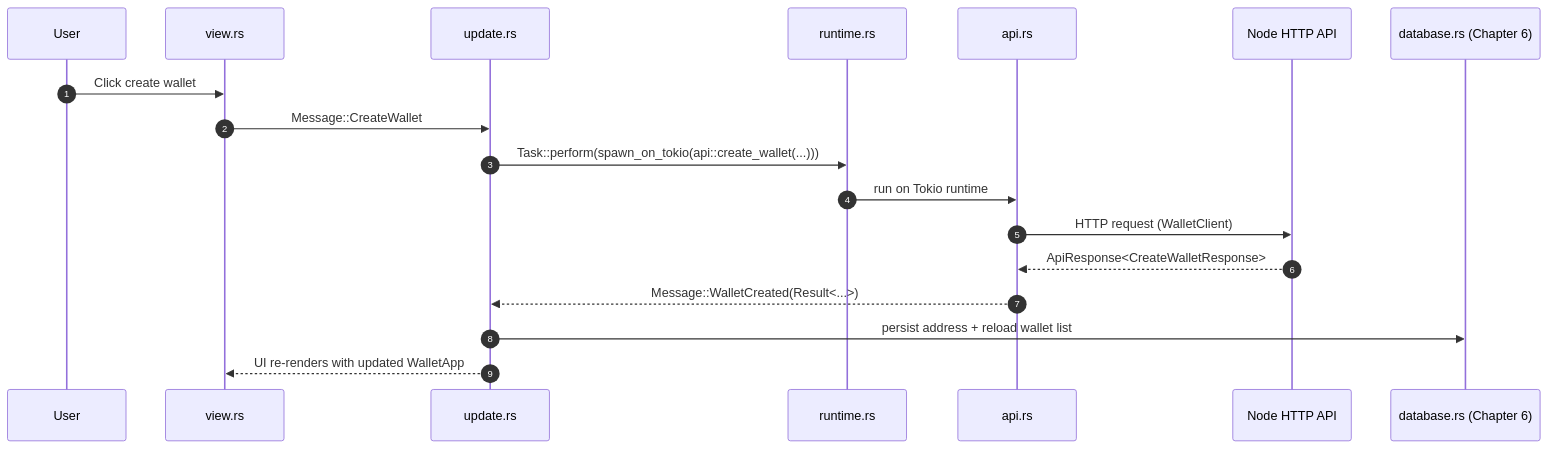
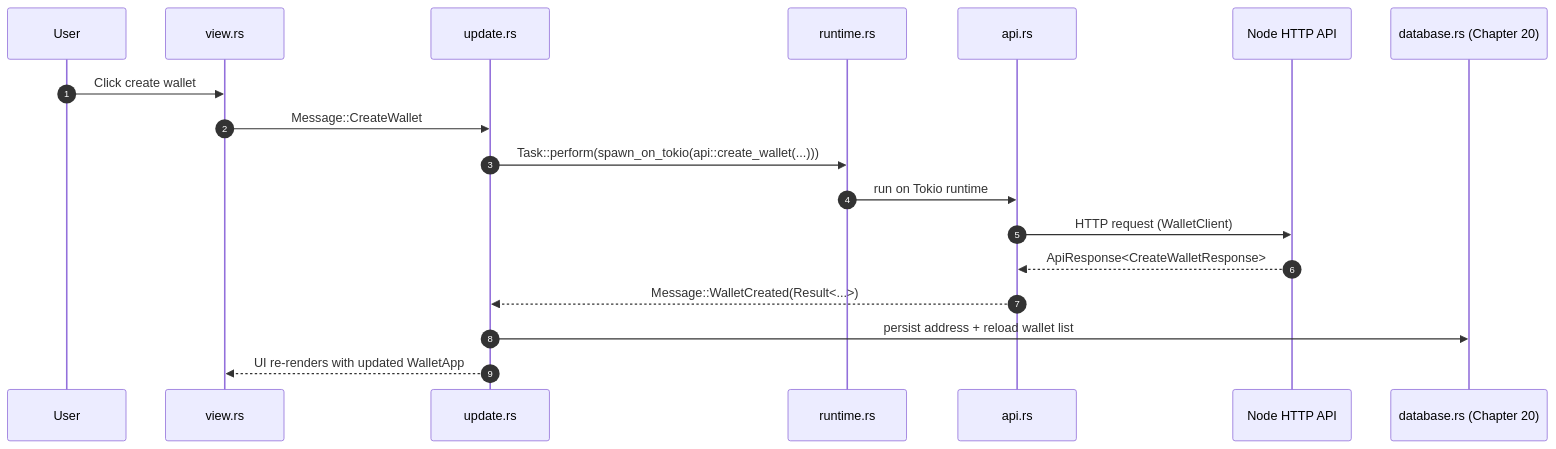
The third of 3 diagrams in book-draft/bitcoin-wallet-ui-iced/05.1-Wallet-UI-Iced.md (bkunyiha/blockchain), drawn with Mermaid before and after one commit. The commit also changed other lines of this file and 133 other files, not shown here.

````diff
--- a/book-draft/bitcoin-wallet-ui-iced/05.1-Wallet-UI-Iced.md
+++ b/book-draft/bitcoin-wallet-ui-iced/05.1-Wallet-UI-Iced.md
@@ -618,21 +553,21 @@
 ```mermaid
 sequenceDiagram
   autonumber
   participant User
   participant View as view.rs
   participant Update as update.rs
   participant Tokio as runtime.rs
   participant API as api.rs
   participant Node as Node HTTP API
-  participant DB as database.rs (Chapter 6)
+  participant DB as database.rs (Chapter 20)
 
   User->>View: Click create wallet
   View->>Update: Message::CreateWallet
   Update->>Tokio: Task::perform(spawn_on_tokio(api::create_wallet(...)))
   Tokio->>API: run on Tokio runtime
   API->>Node: HTTP request (WalletClient)
   Node-->>API: ApiResponse<CreateWalletResponse>
   API-->>Update: Message::WalletCreated(Result<...>)
   Update->>DB: persist address + reload wallet list
   Update-->>View: UI re-renders with updated WalletApp
 ```
````
